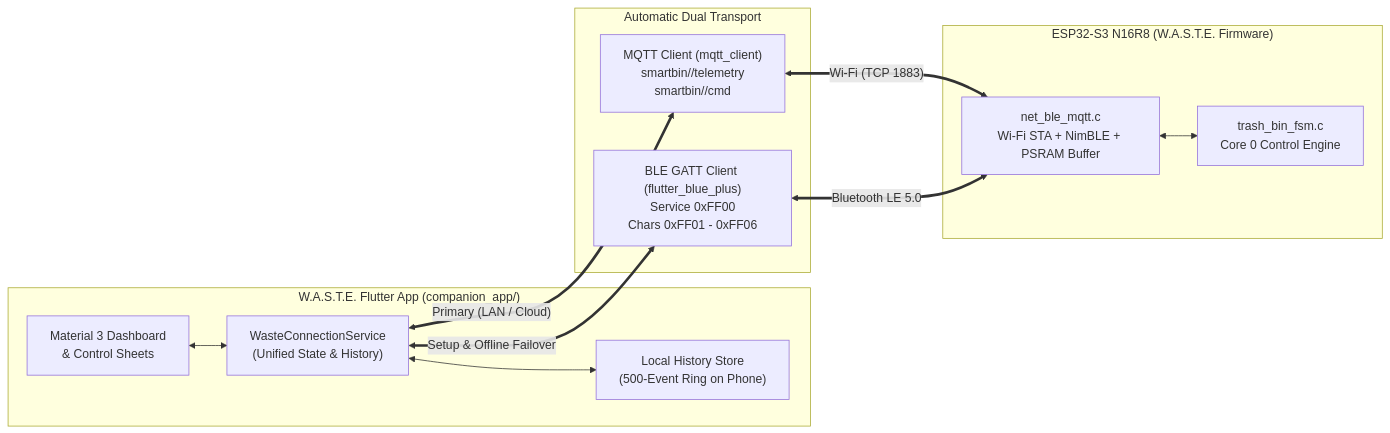
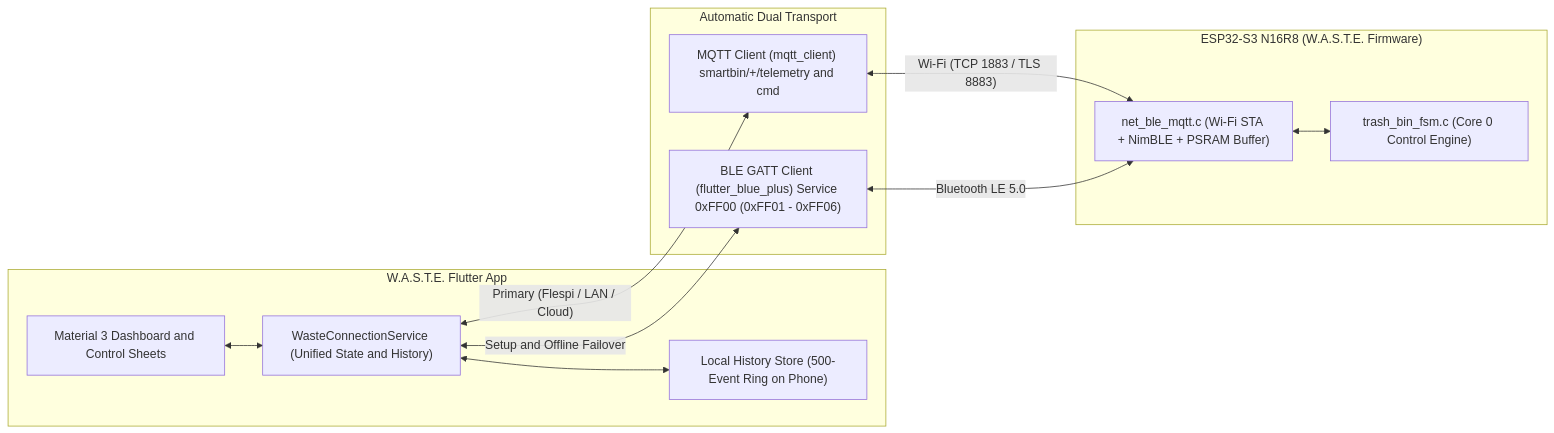
Before and after one commit to ASCENDINGHeat/waste-trash-bin: the diagram in docs/06-flutter-companion-app.md, drawn with Mermaid. The commit also changed other lines of this file and 6 other files, not shown here.

Commit message:
Fix Mermaid diagrams, add CHANGELOG.md, and configure v1.0.0 initial release

````diff
--- a/docs/06-flutter-companion-app.md
+++ b/docs/06-flutter-companion-app.md
@@ -17,26 +17,26 @@
 ```mermaid
 flowchart LR
-    subgraph App["W.A.S.T.E. Flutter App (companion_app/)"]
-        UI["Material 3 Dashboard\n& Control Sheets"]
-        SVC["WasteConnectionService\n(Unified State & History)"]
-        STORE["Local History Store\n(500-Event Ring on Phone)"]
+    subgraph App["W.A.S.T.E. Flutter App"]
+        UI["Material 3 Dashboard and Control Sheets"]
+        SVC["WasteConnectionService (Unified State and History)"]
+        STORE["Local History Store (500-Event Ring on Phone)"]
         UI <--> SVC
         SVC <--> STORE
     end
 
     subgraph Transport["Automatic Dual Transport"]
-        MQTT["MQTT Client (mqtt_client)\nsmartbin/<id>/telemetry\nsmartbin/<id>/cmd"]
-        BLE["BLE GATT Client (flutter_blue_plus)\nService 0xFF00\nChars 0xFF01 - 0xFF06"]
+        MQTT["MQTT Client (mqtt_client) smartbin/+/telemetry and cmd"]
+        BLE["BLE GATT Client (flutter_blue_plus) Service 0xFF00 (0xFF01 - 0xFF06)"]
     end
 
     subgraph MCU["ESP32-S3 N16R8 (W.A.S.T.E. Firmware)"]
-        NET["net_ble_mqtt.c\nWi-Fi STA + NimBLE + PSRAM Buffer"]
-        FSM["trash_bin_fsm.c\nCore 0 Control Engine"]
+        NET["net_ble_mqtt.c (Wi-Fi STA + NimBLE + PSRAM Buffer)"]
+        FSM["trash_bin_fsm.c (Core 0 Control Engine)"]
         NET <--> FSM
     end
 
-    SVC <==>|"Primary (LAN / Cloud)"| MQTT
-    SVC <==>|"Setup & Offline Failover"| BLE
-    MQTT <==>|"Wi-Fi (TCP 1883)"| NET
-    BLE <==>|"Bluetooth LE 5.0"| NET
+    SVC <-->|"Primary (Flespi / LAN / Cloud)"| MQTT
+    SVC <-->|"Setup and Offline Failover"| BLE
+    MQTT <-->|"Wi-Fi (TCP 1883 / TLS 8883)"| NET
+    BLE <-->|"Bluetooth LE 5.0"| NET
 ```
````
